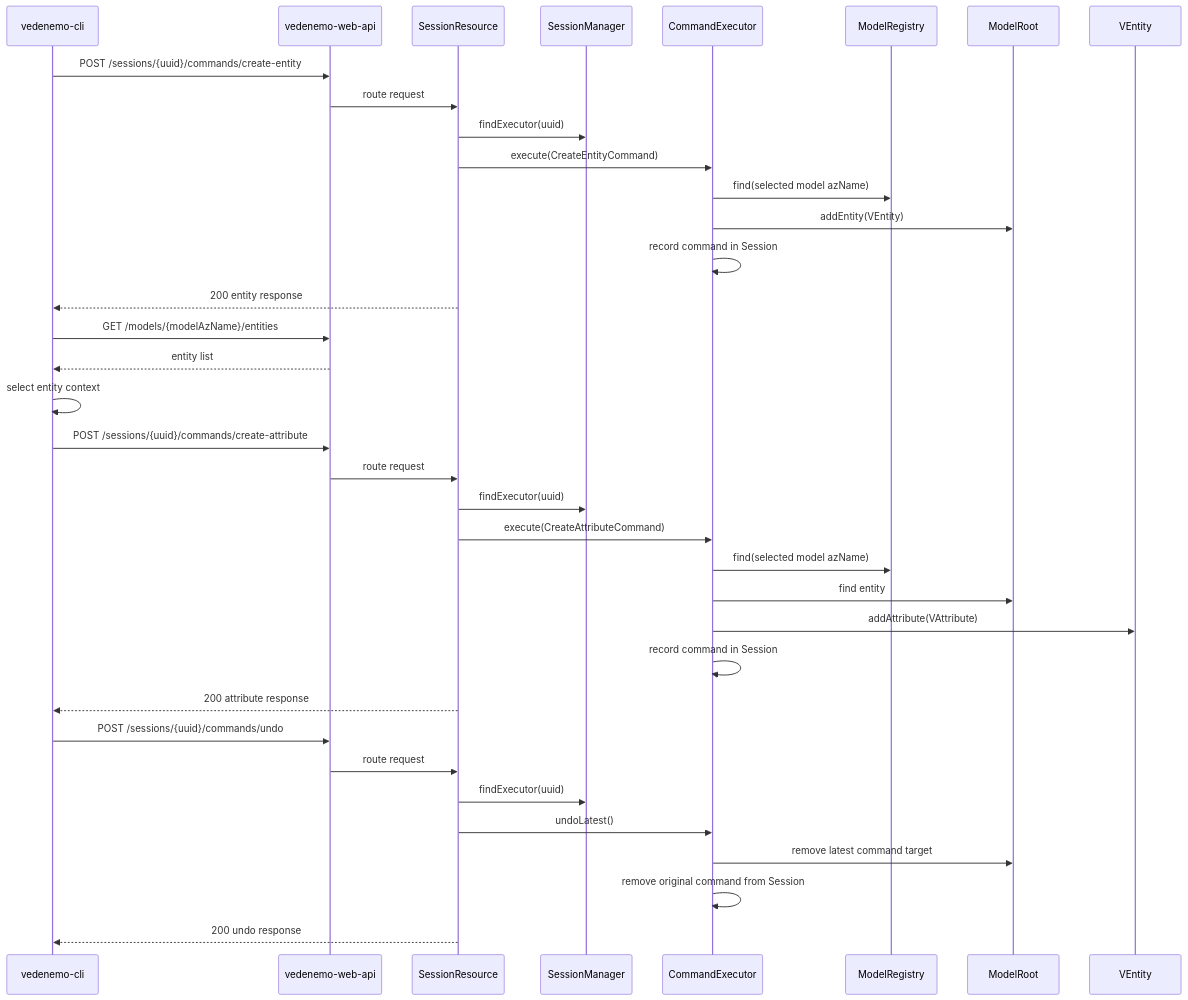
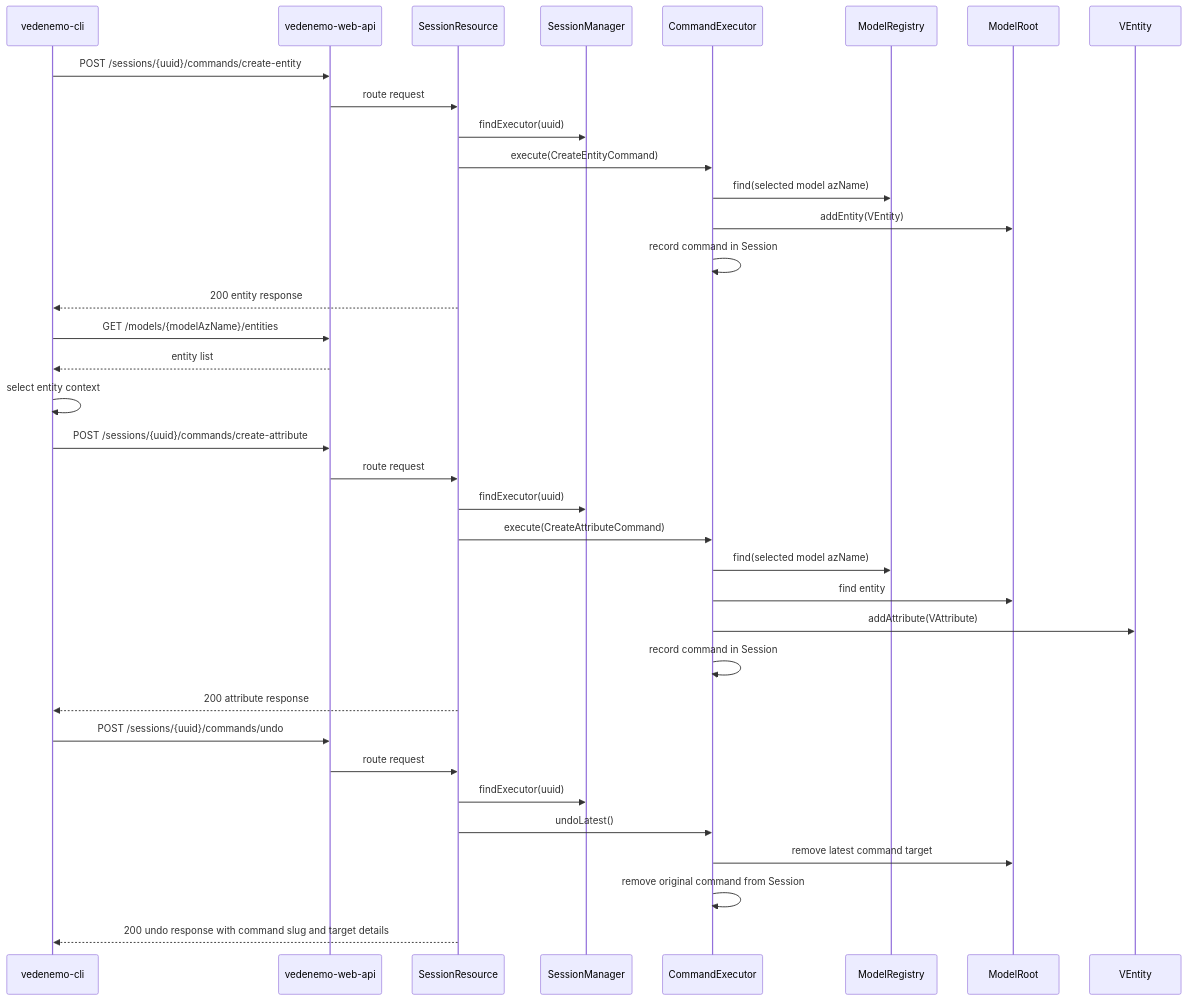
Before and after one commit to VedenemoDev/VedenemoMonorepo: the sixth of 7 diagrams in docs/architecture_doc.md, drawn with Mermaid. The commit also changed other lines of this file and 17 other files, not shown here.

First line of the commit message:
Improve CLI azName suggestions and undo feedback

````diff
--- a/docs/architecture_doc.md
+++ b/docs/architecture_doc.md
@@ -380,42 +385,42 @@
 ```mermaid
 sequenceDiagram
     participant CLI as vedenemo-cli
     participant API as vedenemo-web-api
     participant Sessions as SessionResource
     participant Manager as SessionManager
     participant Executor as CommandExecutor
     participant Registry as ModelRegistry
     participant Model as ModelRoot
     participant Entity as VEntity
 
     CLI->>API: POST /sessions/{uuid}/commands/create-entity
     API->>Sessions: route request
     Sessions->>Manager: findExecutor(uuid)
     Sessions->>Executor: execute(CreateEntityCommand)
     Executor->>Registry: find(selected model azName)
     Executor->>Model: addEntity(VEntity)
     Executor->>Executor: record command in Session
     Sessions-->>CLI: 200 entity response
 
     CLI->>API: GET /models/{modelAzName}/entities
     API-->>CLI: entity list
     CLI->>CLI: select entity context
 
     CLI->>API: POST /sessions/{uuid}/commands/create-attribute
     API->>Sessions: route request
     Sessions->>Manager: findExecutor(uuid)
     Sessions->>Executor: execute(CreateAttributeCommand)
     Executor->>Registry: find(selected model azName)
     Executor->>Model: find entity
     Executor->>Entity: addAttribute(VAttribute)
     Executor->>Executor: record command in Session
     Sessions-->>CLI: 200 attribute response
 
     CLI->>API: POST /sessions/{uuid}/commands/undo
     API->>Sessions: route request
     Sessions->>Manager: findExecutor(uuid)
     Sessions->>Executor: undoLatest()
     Executor->>Model: remove latest command target
     Executor->>Executor: remove original command from Session
-    Sessions-->>CLI: 200 undo response
+    Sessions-->>CLI: 200 undo response with command slug and target details
 ```
````
